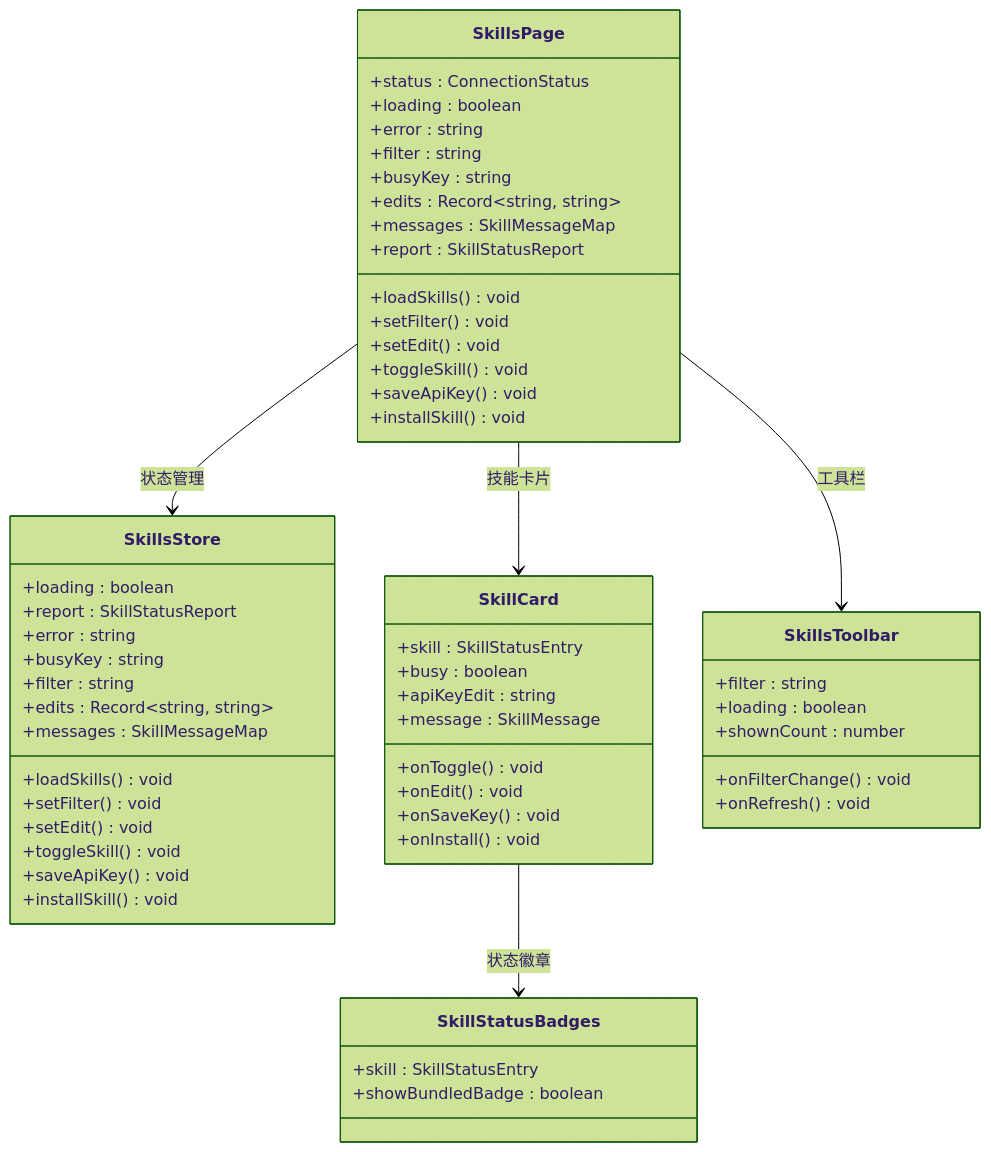
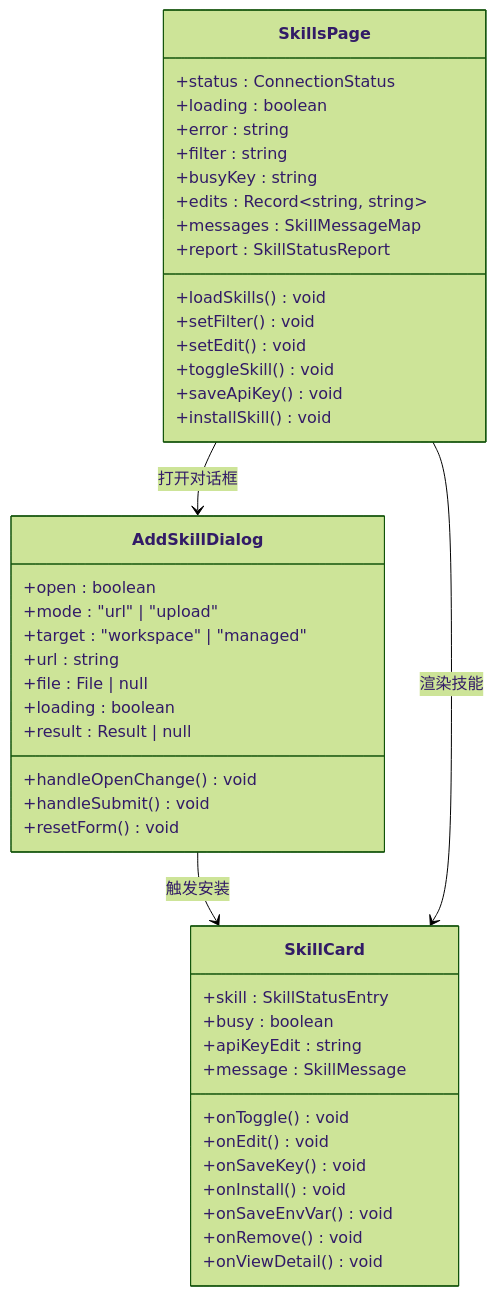
Before and after one commit to verse-ai-org/openclaw: the seventh of 21 diagrams in .qoder/repowiki/zh/content/Web界面/UI组件系统/UI组件系统.md, drawn with Mermaid (forest theme). The commit also changed other lines of this file and 75 other files, not shown here.

````diff
--- a/.qoder/repowiki/zh/content/Web界面/UI组件系统/UI组件系统.md
+++ b/.qoder/repowiki/zh/content/Web界面/UI组件系统/UI组件系统.md
@@ -1210,59 +457,47 @@
 ```mermaid
 classDiagram
+class AddSkillDialog {
++open : boolean
++mode : "url" | "upload"
++target : "workspace" | "managed"
++url : string
++file : File | null
++loading : boolean
++result : Result | null
++handleOpenChange() void
++handleSubmit() void
++resetForm() void
+}
+class SkillCard {
++skill : SkillStatusEntry
++busy : boolean
++apiKeyEdit : string
++message : SkillMessage
++onToggle() void
++onEdit() void
++onSaveKey() void
++onInstall() void
++onSaveEnvVar() void
++onRemove() void
++onViewDetail() void
+}
 class SkillsPage {
 +status : ConnectionStatus
 +loading : boolean
 +error : string
 +filter : string
 +busyKey : string
 +edits : Record~string, string~
 +messages : SkillMessageMap
 +report : SkillStatusReport
 +loadSkills() void
 +setFilter() void
 +setEdit() void
 +toggleSkill() void
 +saveApiKey() void
 +installSkill() void
 }
-class SkillsStore {
-+loading : boolean
-+report : SkillStatusReport
-+error : string
-+busyKey : string
-+filter : string
-+edits : Record~string, string~
-+messages : SkillMessageMap
-+loadSkills() void
-+setFilter() void
-+setEdit() void
-+toggleSkill() void
-+saveApiKey() void
-+installSkill() void
-}
-class SkillCard {
-+skill : SkillStatusEntry
-+busy : boolean
-+apiKeyEdit : string
-+message : SkillMessage
-+onToggle() void
-+onEdit() void
-+onSaveKey() void
-+onInstall() void
-}
-class SkillsToolbar {
-+filter : string
-+loading : boolean
-+shownCount : number
-+onFilterChange() void
-+onRefresh() void
-}
-class SkillStatusBadges {
-+skill : SkillStatusEntry
-+showBundledBadge : boolean
-}
-SkillsPage --> SkillsStore : 状态管理
-SkillsPage --> SkillsToolbar : 工具栏
-SkillsPage --> SkillCard : 技能卡片
-SkillCard --> SkillStatusBadges : 状态徽章
+AddSkillDialog --> SkillCard : 触发安装
+SkillsPage --> SkillCard : 渲染技能
+SkillsPage --> AddSkillDialog : 打开对话框
 ```
````
